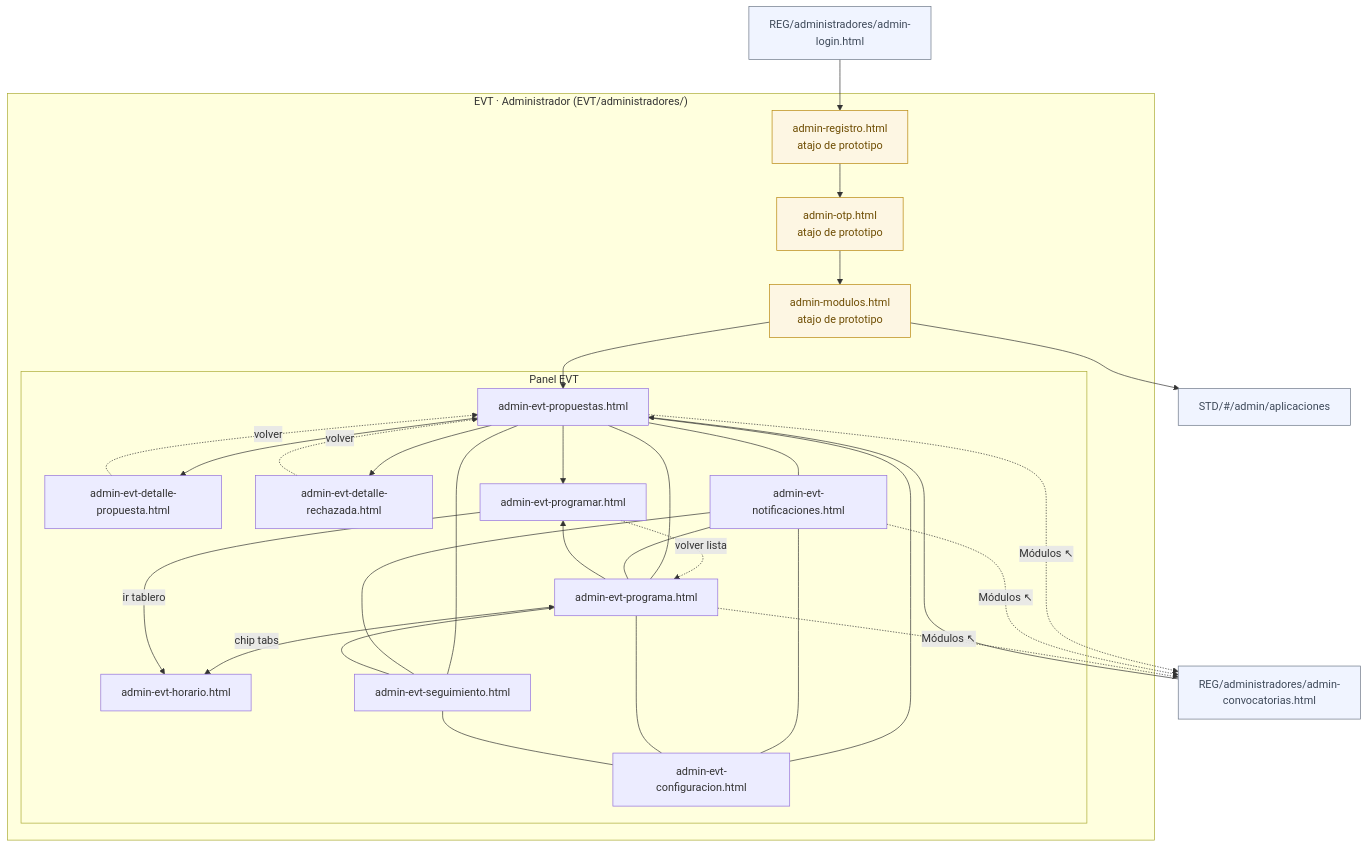
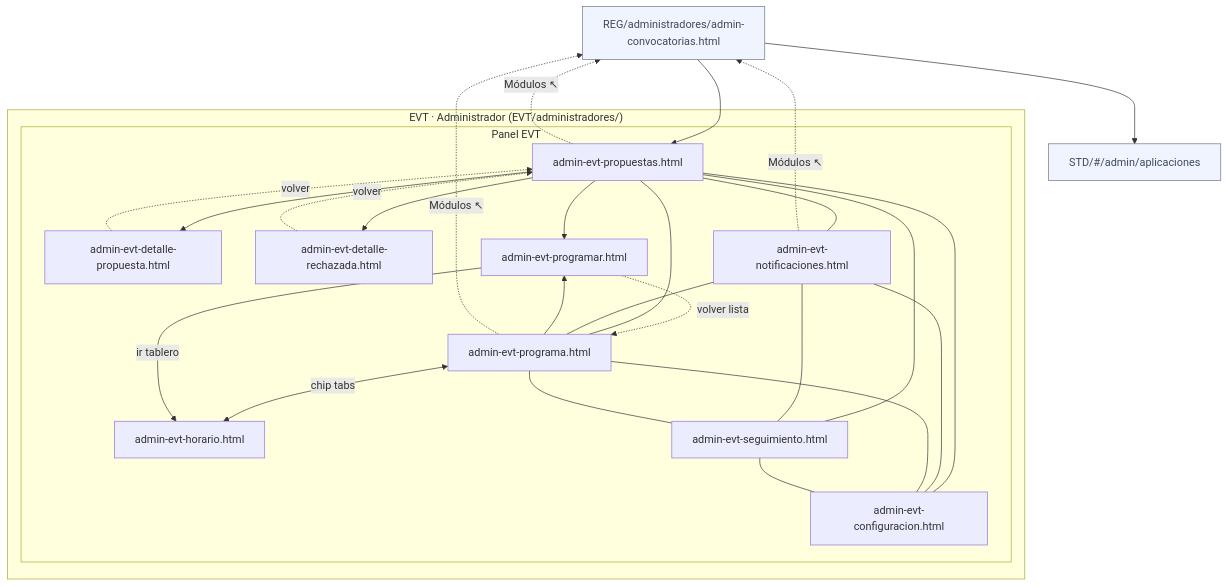
The second of 2 diagrams in prototipo/mapas/EVT.md (Proyectos-Vinculacion-FMAT/FILEYapp26), drawn with Mermaid before and after one commit. The commit also changed other lines of this file and 11 other files, not shown here.

First line of the commit message:
fix(prototipo): elimina atajos de EVT/VIS que duplican login/OTP/modulos de REG

````diff
--- a/prototipo/mapas/EVT.md
+++ b/prototipo/mapas/EVT.md
@@ -55,66 +40,54 @@
 ```mermaid
 flowchart TD
-    REG_ALOG["REG/administradores/admin-login.html"]
     REG_AMOD["REG/administradores/admin-convocatorias.html"]
     STD_A["STD/#/admin/aplicaciones"]
 
     subgraph EVT_A["EVT · Administrador  (EVT/administradores/)"]
-        EA_REG["admin-registro.html\natajo de prototipo"]
-        EA_OTP["admin-otp.html\natajo de prototipo"]
-        EA_MOD["admin-modulos.html\natajo de prototipo"]
-
         subgraph PANEL["Panel EVT"]
             EA_PROP["admin-evt-propuestas.html"]
             EA_DET["admin-evt-detalle-propuesta.html"]
             EA_REC["admin-evt-detalle-rechazada.html"]
             EA_HOR["admin-evt-horario.html"]
             EA_PRG["admin-evt-programa.html"]
             EA_PGR["admin-evt-programar.html"]
             EA_NOT["admin-evt-notificaciones.html"]
             EA_SEG["admin-evt-seguimiento.html"]
             EA_CFG["admin-evt-configuracion.html"]
         end
     end
 
-    REG_ALOG --> EA_REG
     REG_AMOD --> EA_PROP
-
-    EA_REG --> EA_OTP
-    EA_OTP --> EA_MOD
-    EA_MOD --> EA_PROP
-    EA_MOD --> STD_A
+    REG_AMOD --> STD_A
 
     EA_PROP --> EA_DET
     EA_PROP --> EA_PGR
     EA_PROP --> EA_REC
 
     EA_DET -.->|volver| EA_PROP
     EA_REC -.->|volver| EA_PROP
 
     EA_PRG <-->|chip tabs| EA_HOR
     EA_PRG --> EA_PGR
     EA_PGR -->|ir tablero| EA_HOR
     EA_PGR -.->|volver lista| EA_PRG
 
     %% Panel → REG (topbar Módulos ↖)
     EA_PROP -.->|Módulos ↖| REG_AMOD
     EA_NOT -.->|Módulos ↖| REG_AMOD
     EA_PRG -.->|Módulos ↖| REG_AMOD
 
     %% Sidebar: malla completa entre los 5 nodos del panel
     EA_PROP --- EA_NOT
     EA_PROP --- EA_PRG
     EA_PROP --- EA_SEG
     EA_PROP --- EA_CFG
     EA_NOT --- EA_PRG
     EA_NOT --- EA_SEG
     EA_NOT --- EA_CFG
     EA_PRG --- EA_SEG
     EA_PRG --- EA_CFG
     EA_SEG --- EA_CFG
 
-    classDef shortcut fill:#fdf6e3,stroke:#b8860b,color:#6e4d03
     classDef ext fill:#f0f4ff,stroke:#6b7686,color:#3f4a5a
-    class EA_REG,EA_OTP,EA_MOD shortcut
-    class REG_ALOG,REG_AMOD,STD_A ext
+    class REG_AMOD,STD_A ext
 ```
````
